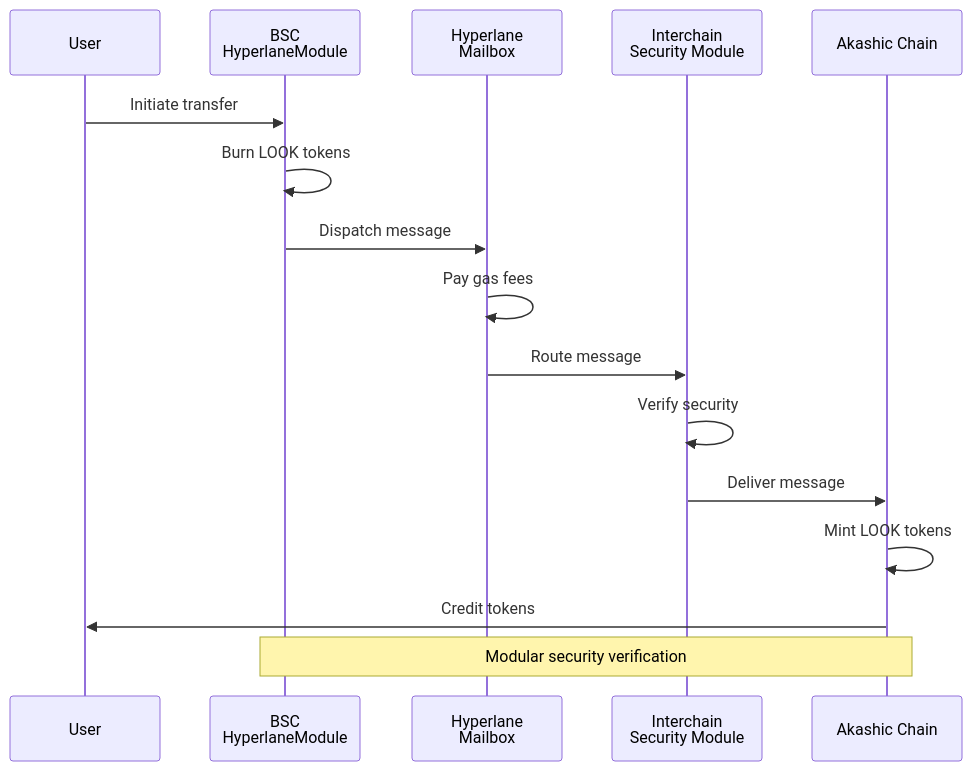
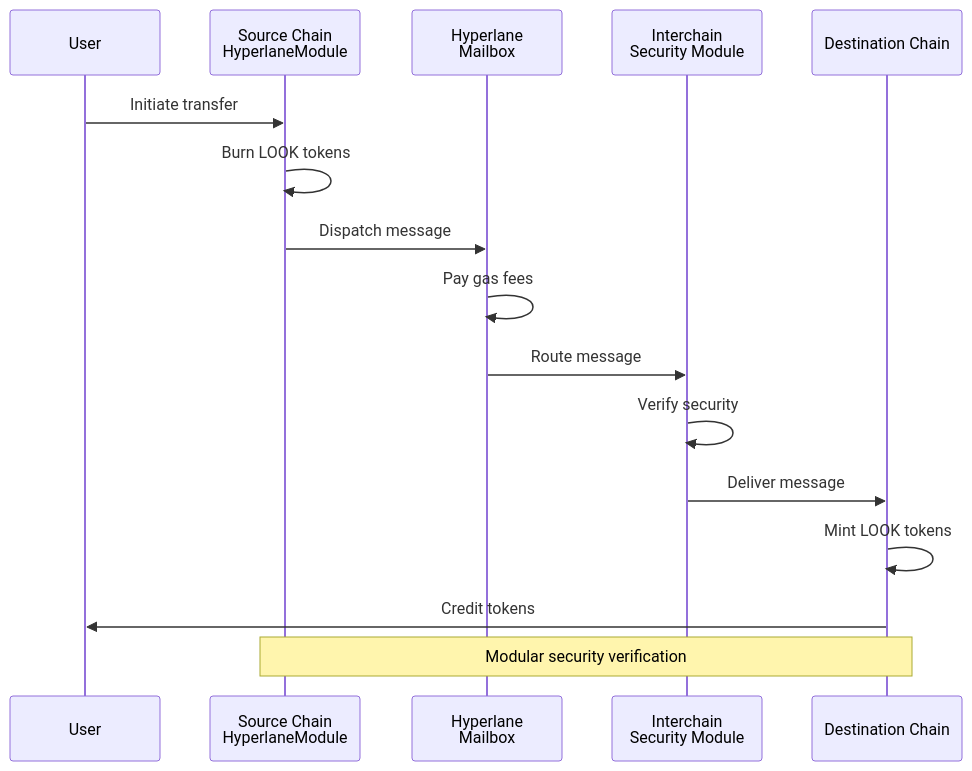
Before and after one commit to lookcard-dev/lookcoin-contract: the fifth of 9 diagrams in docs/TECHNICAL.md, drawn with Mermaid. The commit also changed other lines of this file and 82 other files, not shown here.

First line of the commit message:
Enhance cross-chain functionality and modular architecture

````diff
--- a/docs/TECHNICAL.md
+++ b/docs/TECHNICAL.md
@@ -217,20 +181,20 @@
 ```mermaid
 sequenceDiagram
     participant User
-    participant BSC as BSC<br/>HyperlaneModule
+    participant Source as Source Chain<br/>HyperlaneModule
     participant Mailbox as Hyperlane<br/>Mailbox
     participant ISM as Interchain<br/>Security Module
-    participant Akashic as Akashic Chain
+    participant Dest as Destination Chain
 
-    User->>BSC: Initiate transfer
-    BSC->>BSC: Burn LOOK tokens
-    BSC->>Mailbox: Dispatch message
+    User->>Source: Initiate transfer
+    Source->>Source: Burn LOOK tokens
+    Source->>Mailbox: Dispatch message
     Mailbox->>Mailbox: Pay gas fees
     Mailbox->>ISM: Route message
     ISM->>ISM: Verify security
-    ISM->>Akashic: Deliver message
-    Akashic->>Akashic: Mint LOOK tokens
-    Akashic->>User: Credit tokens
+    ISM->>Dest: Deliver message
+    Dest->>Dest: Mint LOOK tokens
+    Dest->>User: Credit tokens
 
-    Note over BSC,Akashic: Modular security verification
+    Note over Source,Dest: Modular security verification
 ```
````
